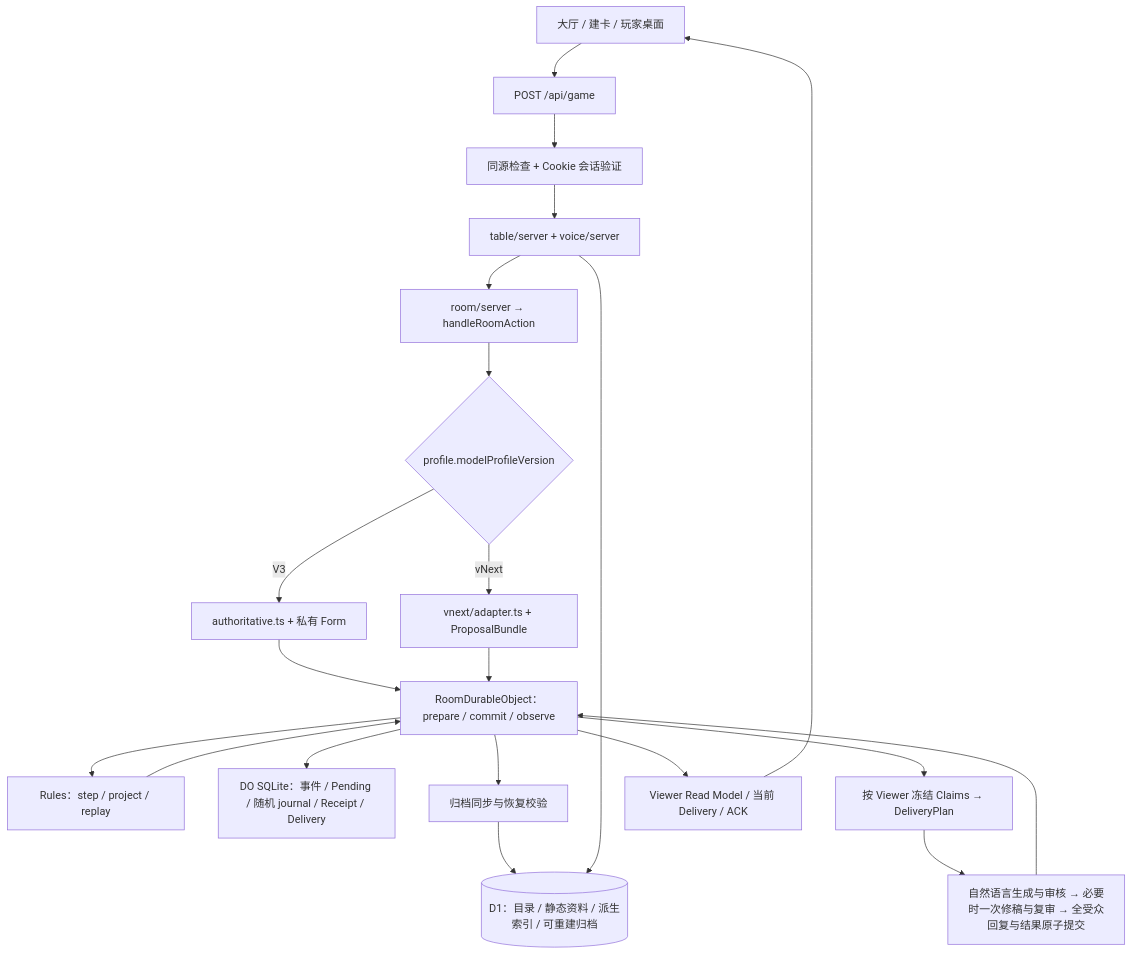
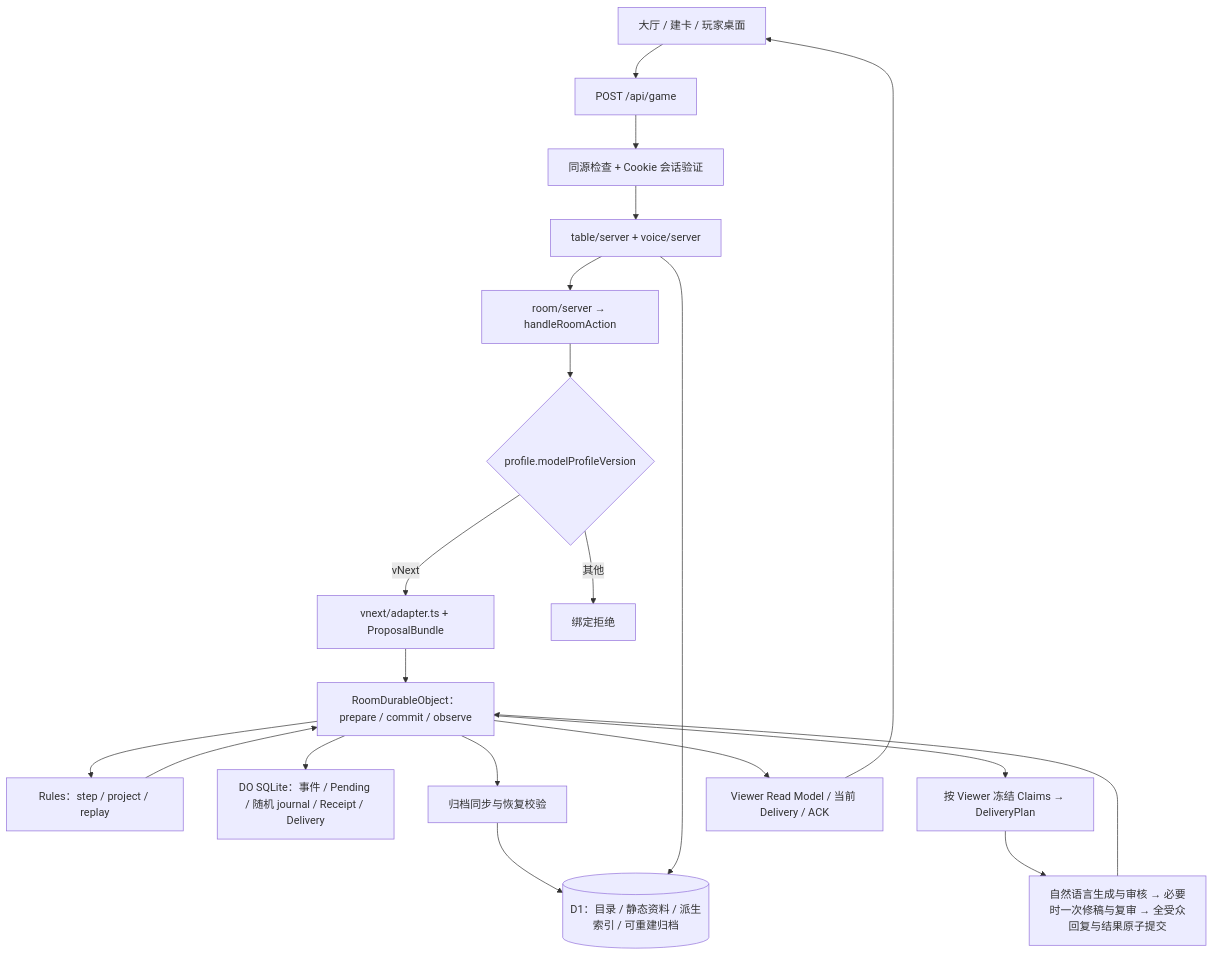
One commit to ytq9/zhuwei changed the diagram in docs/agent/repo-map.md. Above: the diagram before and after it, drawn with Mermaid. The commit also changed other lines of this file and 11 other files, not shown here.

````diff
--- a/docs/agent/repo-map.md
+++ b/docs/agent/repo-map.md
@@ -31,23 +31,22 @@
 ```mermaid
 flowchart TD
   UI[大厅 / 建卡 / 玩家桌面] --> API[POST /api/game]
   API --> AUTH[同源检查 + Cookie 会话验证]
   AUTH --> TABLE[table/server + voice/server]
   TABLE --> ROOM[room/server → handleRoomAction]
   ROOM --> PICK{profile.modelProfileVersion}
-  PICK -->|V3| KPV3[authoritative.ts + 私有 Form]
   PICK -->|vNext| KPVN[vnext/adapter.ts + ProposalBundle]
-  KPV3 --> DO
+  PICK -->|其他| REJ[绑定拒绝]
   KPVN --> DO[RoomDurableObject：prepare / commit / observe]
   DO --> RULES[Rules：step / project / replay]
   RULES --> DO
   DO --> STORE[DO SQLite：事件 / Pending / 随机 journal / Receipt / Delivery]
   DO --> ARCHIVE[归档同步与恢复校验]
   ARCHIVE --> D1[(D1：目录 / 静态资料 / 派生索引 / 可重建归档)]
   TABLE --> D1
   DO --> CLAIMS[按 Viewer 冻结 Claims → DeliveryPlan]
   CLAIMS --> NARR[自然语言生成与审核 → 必要时一次修稿与复审 → 全受众回复与结果原子提交]
   NARR --> DO
   DO --> VIEW[Viewer Read Model / 当前 Delivery / ACK]
   VIEW --> UI
 ```
````
